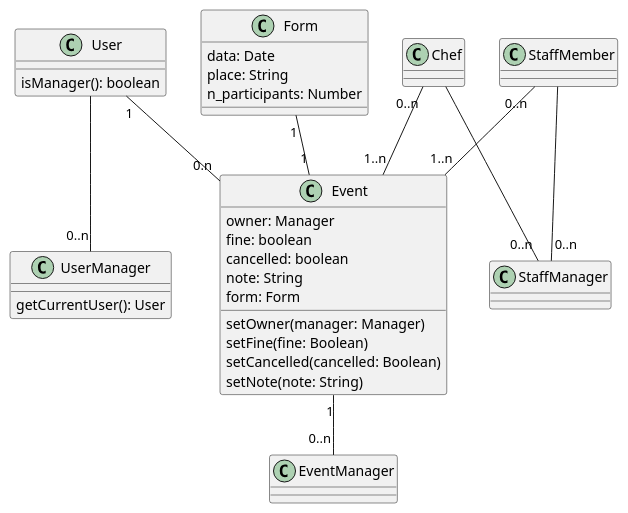
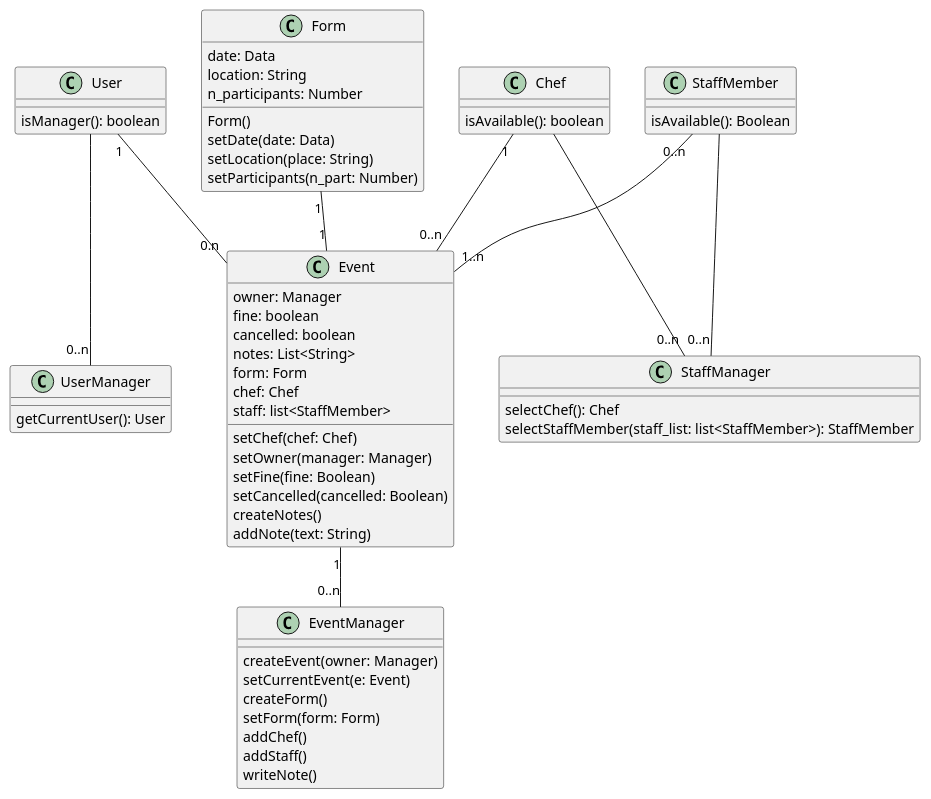
One commit to m0canu1/sas changed the diagram in dcd/dcd-eventi.md. Above: the diagram before and after it, drawn with PlantUML. The commit also changed 1 other file, not shown here.

````diff
--- a/dcd/dcd-eventi.md
+++ b/dcd/dcd-eventi.md
@@ -1,60 +1,75 @@
 ```plantuml
 
 Class User {
     isManager(): boolean
 }
 
 Class UserManager {
     getCurrentUser(): User
 }
 
 Class Event {
     owner: Manager
     fine: boolean
     cancelled: boolean
-    note: String
+    notes: List<String>
     form: Form
-    
+    chef: Chef
+    staff: list<StaffMember>
+    setChef(chef: Chef)
     setOwner(manager: Manager)
     setFine(fine: Boolean)
     setCancelled(cancelled: Boolean)
-    setNote(note: String)
+    createNotes()
+    addNote(text: String)
 }
 
 Class EventManager {
-
+    createEvent(owner: Manager)
+    setCurrentEvent(e: Event)
+    createForm()
+    setForm(form: Form)
+    addChef()
+    addStaff()
+    writeNote()
 }
 
+
 Class Form {
-    data: Date
-    place: String
+    date: Data
+    location: String
     n_participants: Number
+    Form()
+    setDate(date: Data)
+    setLocation(place: String)
+    setParticipants(n_part: Number)
 }
 
 
 Class Chef {
-
+    isAvailable(): boolean
 }
-
+    
 Class StaffMember {
-
+    isAvailable(): Boolean
 }
 
 Class StaffManager {
-
+    selectChef(): Chef
+    selectStaffMember(staff_list: list<StaffMember>): StaffMember
 }
 
 
 
 User "1" -- "0.n" Event
 Event "1" -- "0..n" EventManager
 User -- "0..n" UserManager
 Form "1" -- "1" Event
 StaffMember -- "0..n" StaffManager
 Chef -- "0..n" StaffManager
-Chef "0..n" -- "1..n" Event
+Chef "1" -- "0..n" Event
 StaffMember "0..n" -- "1..n" Event
 
 
 
 ```
````
